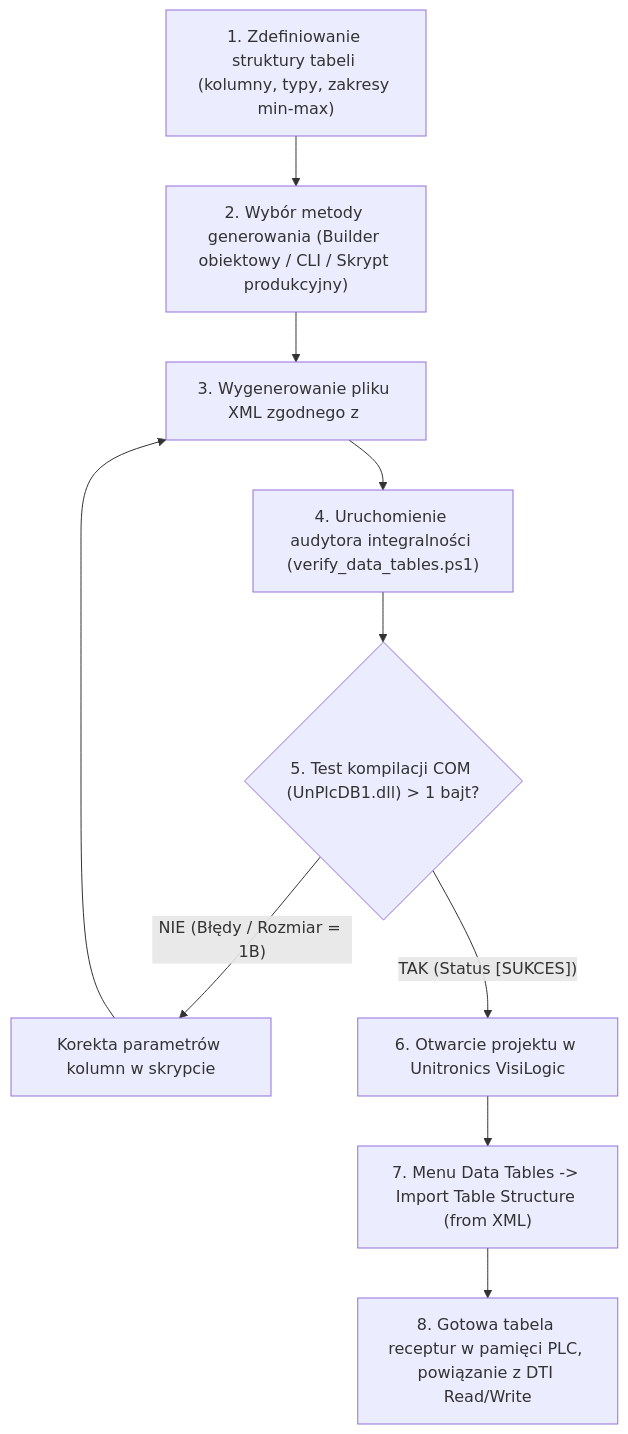
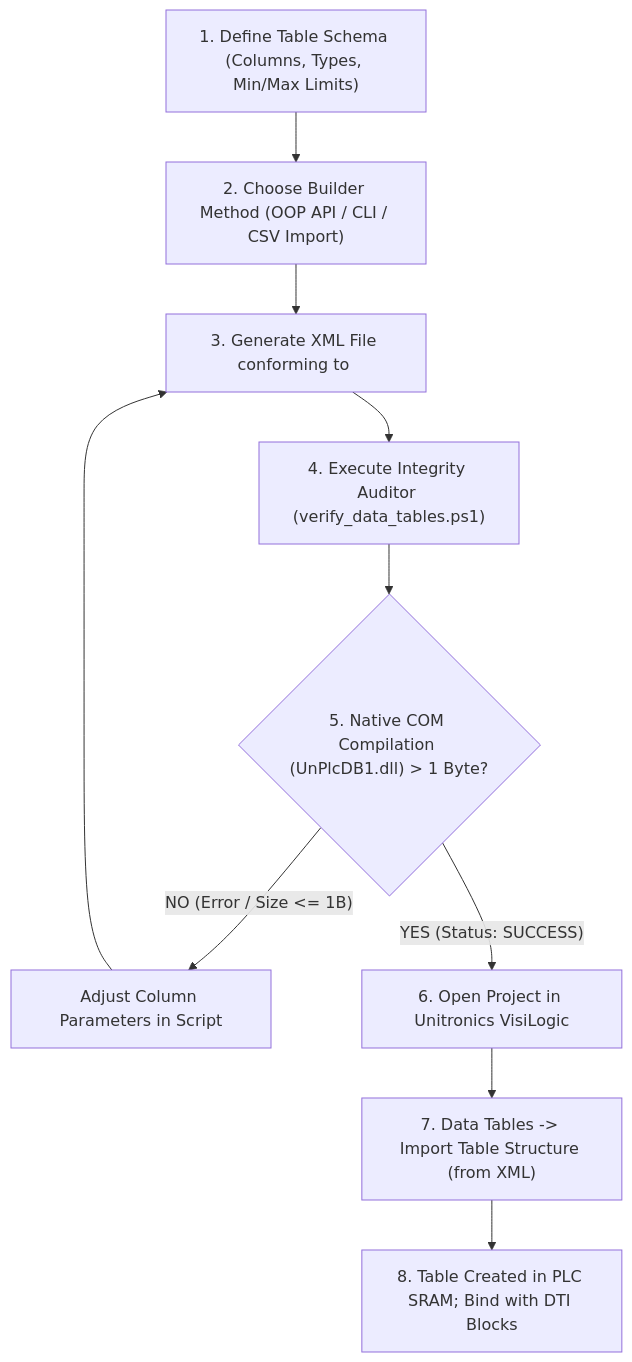
Before and after one commit to PROCHOTKILLER/visilogic-element-generators: the diagram in data-tables-generator/README.md, drawn with Mermaid. The commit also changed other lines of this file and 48 other files, not shown here.

````diff
--- a/data-tables-generator/README.md
+++ b/data-tables-generator/README.md
@@ -179,12 +163,12 @@
 ```mermaid
 flowchart TD
-    A["1. Zdefiniowanie struktury tabeli (kolumny, typy, zakresy min-max)"] --> B["2. Wybór metody generowania (Builder obiektowy / CLI / Skrypt produkcyjny)"]
-    B --> C["3. Wygenerowanie pliku XML zgodnego z <PLC_DB>"]
-    C --> D["4. Uruchomienie audytora integralności (verify_data_tables.ps1)"]
-    D --> E{"5. Test kompilacji COM (UnPlcDB1.dll) > 1 bajt?"}
-    E -- "NIE (Błędy / Rozmiar = 1B)" --> F["Korekta parametrów kolumn w skrypcie"]
+    A["1. Define Table Schema (Columns, Types, Min/Max Limits)"] --> B["2. Choose Builder Method (OOP API / CLI / CSV Import)"]
+    B --> C["3. Generate XML File conforming to <PLC_DB>"]
+    C --> D["4. Execute Integrity Auditor (verify_data_tables.ps1)"]
+    D --> E{"5. Native COM Compilation (UnPlcDB1.dll) > 1 Byte?"}
+    E -- "NO (Error / Size <= 1B)" --> F["Adjust Column Parameters in Script"]
     F --> C
-    E -- "TAK (Status [SUKCES])" --> G["6. Otwarcie projektu w Unitronics VisiLogic"]
-    G --> H["7. Menu Data Tables -> Import Table Structure (from XML)"]
-    H --> I["8. Gotowa tabela receptur w pamięci PLC, powiązanie z DTI Read/Write"]
+    E -- "YES (Status: SUCCESS)" --> G["6. Open Project in Unitronics VisiLogic"]
+    G --> H["7. Data Tables -> Import Table Structure (from XML)"]
+    H --> I["8. Table Created in PLC SRAM; Bind with DTI Blocks"]
 ```
````
